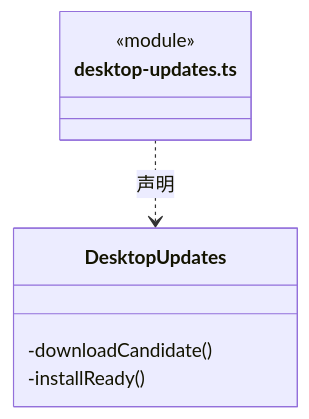
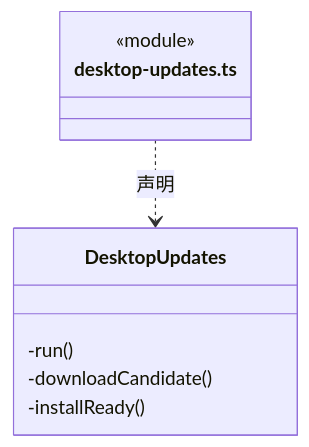
The third of 21 diagrams in src/backend/updater/ARCHITECTURE.md (nan023062/cbim), drawn with Mermaid before and after one commit. The commit also changed other lines of this file and 104 other files, not shown here.

````diff
--- a/src/backend/updater/ARCHITECTURE.md
+++ b/src/backend/updater/ARCHITECTURE.md
@@ -77,11 +84,12 @@
 ```mermaid
 classDiagram
 class N_src_backend_updater_desktop_updates_ts["desktop-updates.ts"] {
   <<module>>
 }
 class N_src_backend_updater_desktop_updates_ts_DesktopUpdates["DesktopUpdates"] {
+  -run()
   -downloadCandidate()
   -installReady()
 }
 N_src_backend_updater_desktop_updates_ts ..> N_src_backend_updater_desktop_updates_ts_DesktopUpdates : 声明
 ```
````
